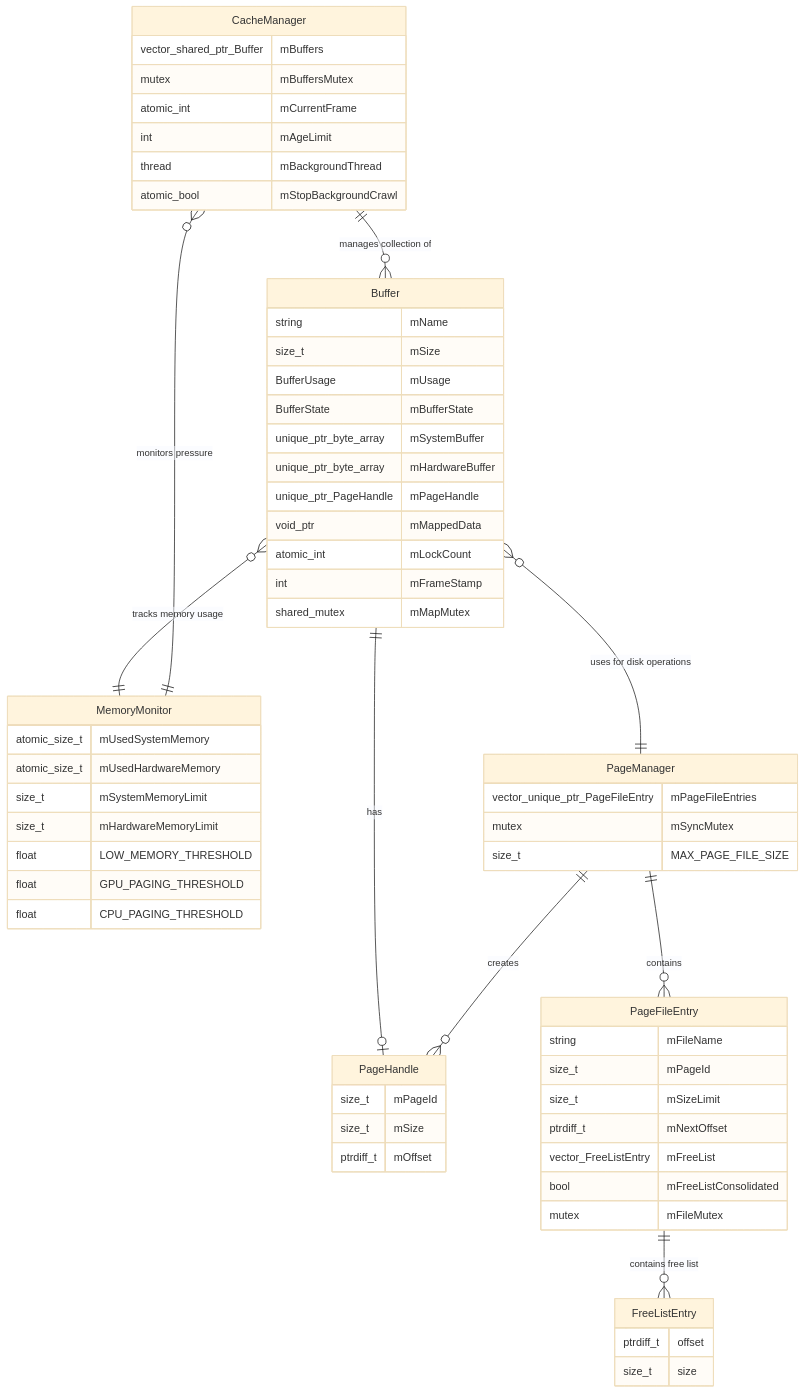
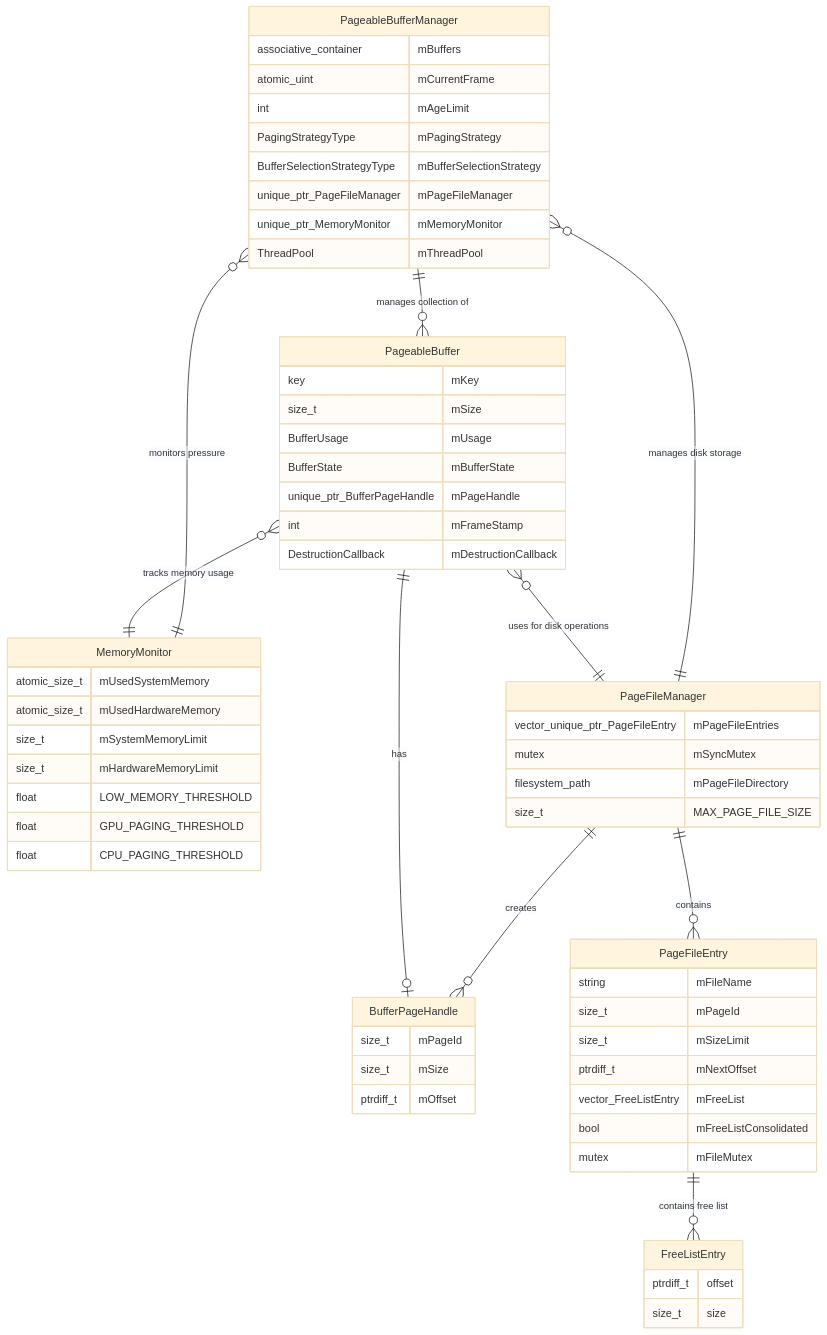
Before and after one commit to Autodesk/hydra-viewport-toolbox: the second of 4 diagrams in source/pageableBuffer/README.md, drawn with Mermaid (base theme). The commit also changed other lines of this file, not shown here.

````diff
--- a/source/pageableBuffer/README.md
+++ b/source/pageableBuffer/README.md
@@ -116,74 +123,75 @@
 ```mermaid
 erDiagram
-    Buffer {
-        string mName
+    PageableBuffer {
+        key mKey
         size_t mSize
         BufferUsage mUsage
         BufferState mBufferState
-        unique_ptr_byte_array mSystemBuffer
-        unique_ptr_byte_array mHardwareBuffer
-        unique_ptr_PageHandle mPageHandle
-        void_ptr mMappedData
-        atomic_int mLockCount
+        unique_ptr_BufferPageHandle mPageHandle
         int mFrameStamp
-        shared_mutex mMapMutex
+        DestructionCallback mDestructionCallback
     }
     
-    CacheManager {
-        vector_shared_ptr_Buffer mBuffers
-        mutex mBuffersMutex
-        atomic_int mCurrentFrame
+    PageableBufferManager {
+        associative_container mBuffers
+        atomic_uint mCurrentFrame
         int mAgeLimit
-        thread mBackgroundThread
-        atomic_bool mStopBackgroundCrawl
+        PagingStrategyType mPagingStrategy
+        BufferSelectionStrategyType mBufferSelectionStrategy
+        unique_ptr_PageFileManager mPageFileManager
+        unique_ptr_MemoryMonitor mMemoryMonitor
+        ThreadPool mThreadPool
     }
     
     MemoryMonitor {
         atomic_size_t mUsedSystemMemory
         atomic_size_t mUsedHardwareMemory
         size_t mSystemMemoryLimit
         size_t mHardwareMemoryLimit
         float LOW_MEMORY_THRESHOLD
         float GPU_PAGING_THRESHOLD
         float CPU_PAGING_THRESHOLD
     }
     
-    PageManager {
+    PageFileManager {
         vector_unique_ptr_PageFileEntry mPageFileEntries
         mutex mSyncMutex
+        filesystem_path mPageFileDirectory
         size_t MAX_PAGE_FILE_SIZE
     }
     
-    PageHandle {
+    BufferPageHandle {
         size_t mPageId
         size_t mSize
         ptrdiff_t mOffset
     }
     
     PageFileEntry {
         string mFileName
         size_t mPageId
         size_t mSizeLimit
         ptrdiff_t mNextOffset
         vector_FreeListEntry mFreeList
         bool mFreeListConsolidated
         mutex mFileMutex
     }
     
     FreeListEntry {
         ptrdiff_t offset
         size_t size
     }
     
-    Buffer ||--o| PageHandle : "has"
-    Buffer }o--|| PageManager : "uses for disk operations"
-    Buffer }o--|| MemoryMonitor : "tracks memory usage"
     
-    CacheManager ||--o{ Buffer : "manages collection of"
-    CacheManager }o--|| MemoryMonitor : "monitors pressure"
+    PageableBuffer ||--o| BufferPageHandle : "has"
+    PageableBuffer }o--|| PageFileManager : "uses for disk operations"
+    PageableBuffer }o--|| MemoryMonitor : "tracks memory usage"
     
-    PageManager ||--o{ PageFileEntry : "contains"
-    PageManager ||--o{ PageHandle : "creates"
+    PageableBufferManager ||--o{ PageableBuffer : "manages collection of"
+    PageableBufferManager }o--|| MemoryMonitor : "monitors pressure"
+    PageableBufferManager }o--|| PageFileManager : "manages disk storage"
+    
+    PageFileManager ||--o{ PageFileEntry : "contains"
+    PageFileManager ||--o{ BufferPageHandle : "creates"
     
     PageFileEntry ||--o{ FreeListEntry : "contains free list"
 ```
````
